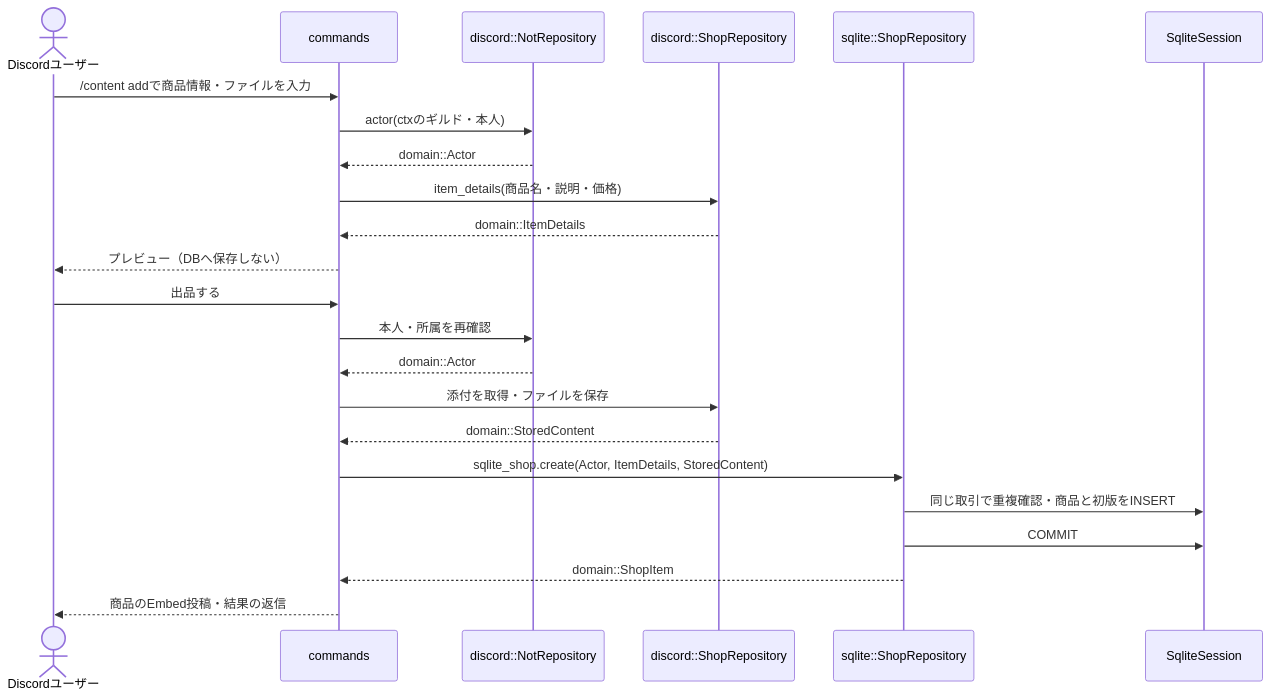
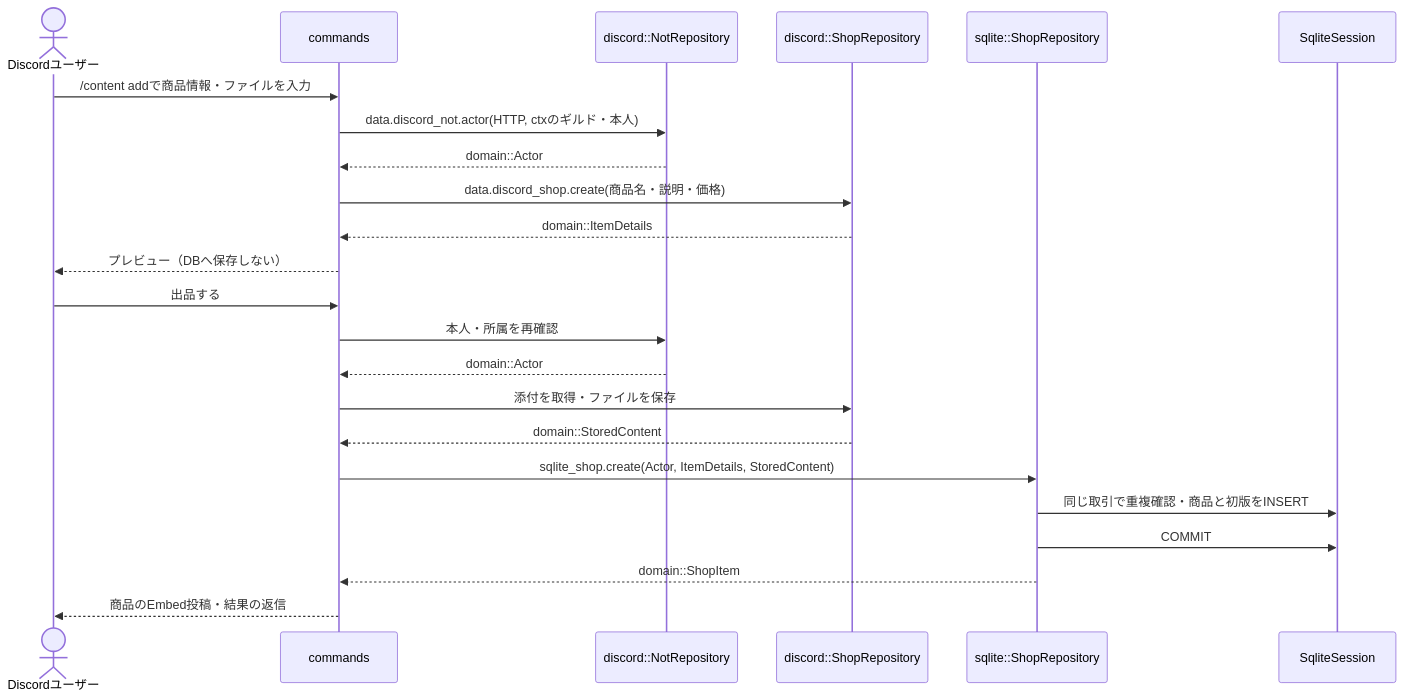
The second of 2 diagrams in design/REPOSITORY.md (segfau-yama/NotBot), drawn with Mermaid before and after one commit. The commit also changed other lines of this file and 25 other files, not shown here.

````diff
--- a/design/REPOSITORY.md
+++ b/design/REPOSITORY.md
@@ -16,25 +16,25 @@
 ```mermaid
 sequenceDiagram
     actor U as Discordユーザー
     participant C as commands
     participant N as discord::NotRepository
     participant D as discord::ShopRepository
     participant S as sqlite::ShopRepository
     participant DB as SqliteSession
     U->>C: /content addで商品情報・ファイルを入力
-    C->>N: actor(ctxのギルド・本人)
+    C->>N: data.discord_not.actor(HTTP, ctxのギルド・本人)
     N-->>C: domain::Actor
-    C->>D: item_details(商品名・説明・価格)
+    C->>D: data.discord_shop.create(商品名・説明・価格)
     D-->>C: domain::ItemDetails
     C-->>U: プレビュー（DBへ保存しない）
     U->>C: 出品する
     C->>N: 本人・所属を再確認
     N-->>C: domain::Actor
     C->>D: 添付を取得・ファイルを保存
     D-->>C: domain::StoredContent
     C->>S: sqlite_shop.create(Actor, ItemDetails, StoredContent)
     S->>DB: 同じ取引で重複確認・商品と初版をINSERT
     S->>DB: COMMIT
     S-->>C: domain::ShopItem
     C-->>U: 商品のEmbed投稿・結果の返信
 ```
````
